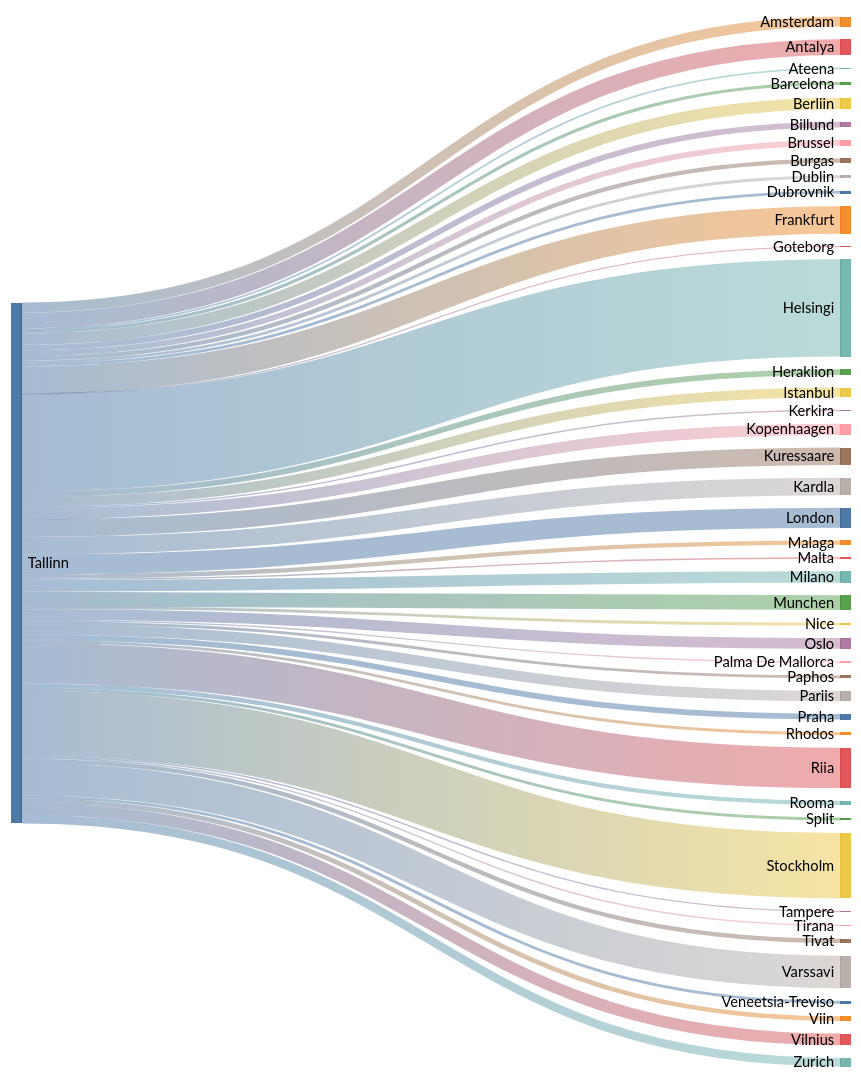
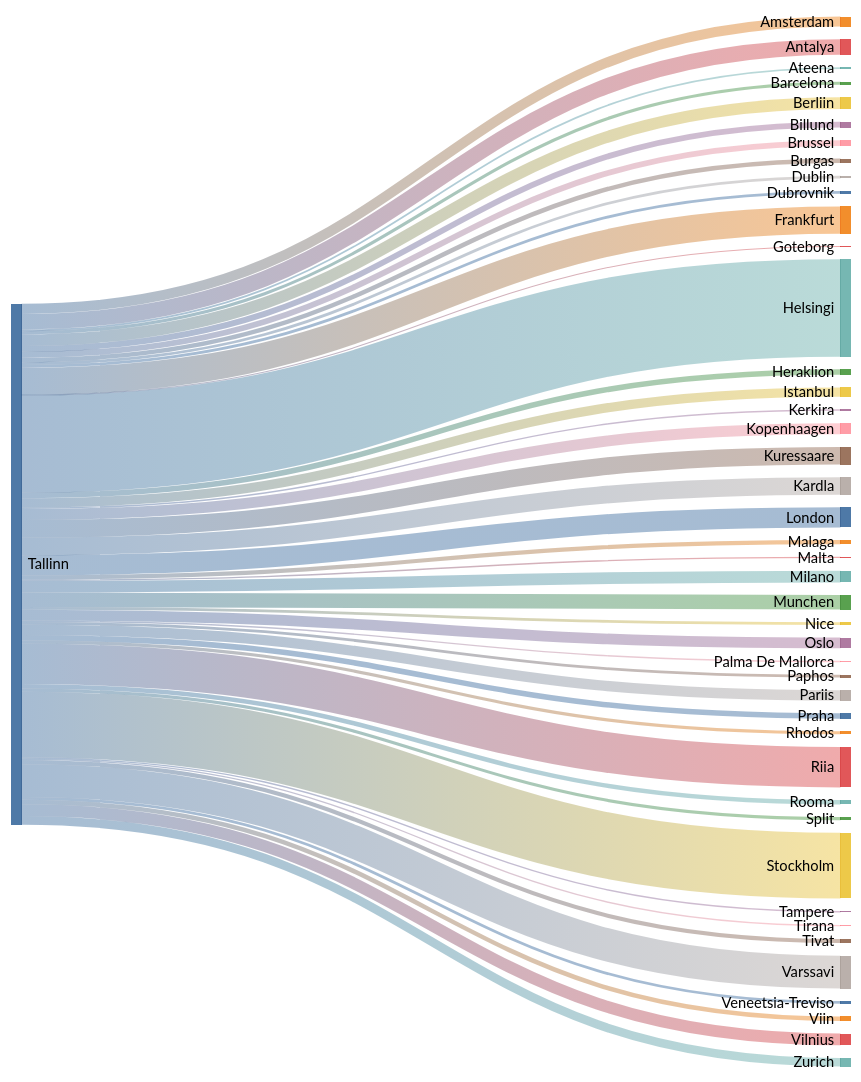
One commit to rainermesi/tll-airport-departures changed the second of 2 diagrams in README.md. Above: the diagram before and after it, drawn with Mermaid (neutral theme). The commit also changed other lines of this file, not shown here.

````diff
--- a/README.md
+++ b/README.md
@@ -34,56 +34,56 @@
 ```mermaid
 ---
 config:
   sankey:
     showValues: false
     width: 800
     height: 1000
 ---
 sankey-beta
 %% source,target,value
-Tallinn,Amsterdam,28
-Tallinn,Antalya,44
+Tallinn,Amsterdam,29
+Tallinn,Antalya,45
 Tallinn,Ateena,5
 Tallinn,Barcelona,9
-Tallinn,Berliin,32
-Tallinn,Billund,16
-Tallinn,Brussel,16
-Tallinn,Burgas,12
+Tallinn,Berliin,34
+Tallinn,Billund,17
+Tallinn,Brussel,17
+Tallinn,Burgas,13
 Tallinn,Dublin,8
 Tallinn,Dubrovnik,8
-Tallinn,Frankfurt,77
+Tallinn,Frankfurt,79
 Tallinn,Goteborg,1
-Tallinn,Helsingi,272
+Tallinn,Helsingi,282
 Tallinn,Heraklion,16
 Tallinn,Istanbul,27
 Tallinn,Kerkira,4
-Tallinn,Kopenhaagen,31
-Tallinn,Kuressaare,49
-Tallinn,Kardla,49
-Tallinn,London,56
+Tallinn,Kopenhaagen,32
+Tallinn,Kuressaare,51
+Tallinn,Kardla,51
+Tallinn,London,58
 Tallinn,Malaga,12
 Tallinn,Malta,4
-Tallinn,Milano,32
-Tallinn,Munchen,41
+Tallinn,Milano,34
+Tallinn,Munchen,42
 Tallinn,Nice,8
-Tallinn,Oslo,30
+Tallinn,Oslo,31
 Tallinn,Palma De Mallorca,4
 Tallinn,Paphos,8
-Tallinn,Pariis,29
+Tallinn,Pariis,30
 Tallinn,Praha,16
-Tallinn,Rhodos,8
-Tallinn,Riia,113
-Tallinn,Rooma,12
-Tallinn,Split,8
-Tallinn,Stockholm,182
+Tallinn,Rhodos,9
+Tallinn,Riia,117
+Tallinn,Rooma,13
+Tallinn,Split,9
+Tallinn,Stockholm,190
 Tallinn,Tampere,4
 Tallinn,Tirana,4
 Tallinn,Tivat,12
-Tallinn,Varssavi,91
+Tallinn,Varssavi,95
 Tallinn,Veneetsia-Treviso,8
 Tallinn,Viin,13
-Tallinn,Vilnius,33
-Tallinn,Zurich,24
+Tallinn,Vilnius,34
+Tallinn,Zurich,25
 
 
 ```
````
